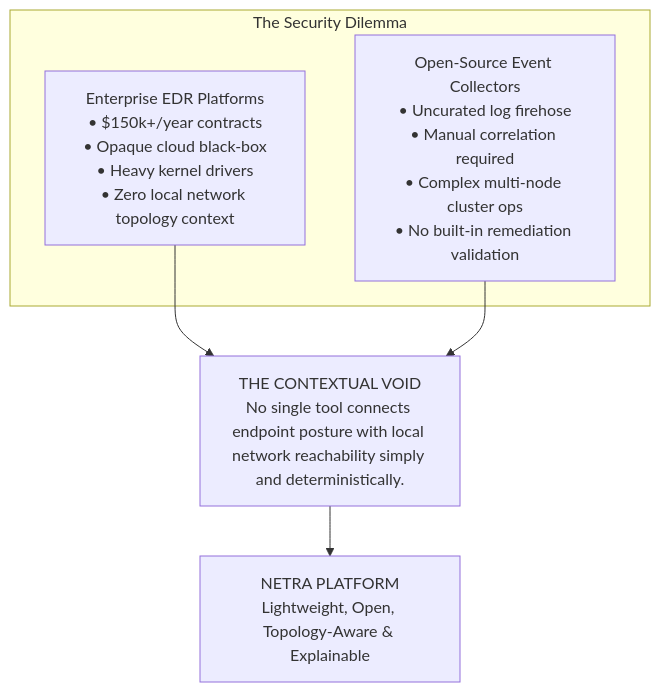
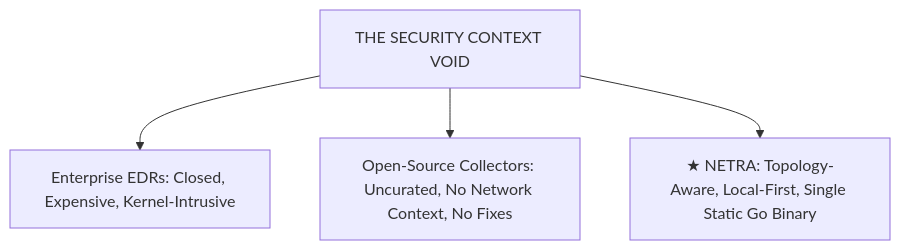
Before and after one commit to Subhadip-Paul2006/NETRA-Backend: the second of 5 diagrams in docs/PRD.md, drawn with Mermaid. The commit also changed other lines of this file and 15 other files, not shown here.

Commit message:
docs: establish authoritative open-source academic architecture & technical specification suite

````diff
--- a/docs/PRD.md
+++ b/docs/PRD.md
@@ -59,10 +50,7 @@
 ```mermaid
 flowchart TD
-    subgraph ProblemSpace["The Security Dilemma"]
-        EDR["Enterprise EDR Platforms<br/>• $150k+/year contracts<br/>• Opaque cloud black-box<br/>• Heavy kernel drivers<br/>• Zero local network topology context"]
-        OSS["Open-Source Event Collectors<br/>• Uncurated log firehose<br/>• Manual correlation required<br/>• Complex multi-node cluster ops<br/>• No built-in remediation validation"]
-    end
-    EDR --> Void["THE CONTEXTUAL VOID<br/>No single tool connects endpoint posture with local network reachability simply and deterministically."]
-    OSS --> Void
-    Void --> NETRA["NETRA PLATFORM<br/>Lightweight, Open, Topology-Aware & Explainable"]
+    Void["THE SECURITY CONTEXT VOID"]
+    Void --> EDR["Enterprise EDRs: Closed, Expensive, Kernel-Intrusive"]
+    Void --> Raw["Open-Source Collectors: Uncurated, No Network Context, No Fixes"]
+    Void --> NETRA["★ NETRA: Topology-Aware, Local-First, Single Static Go Binary"]
 ```
````
